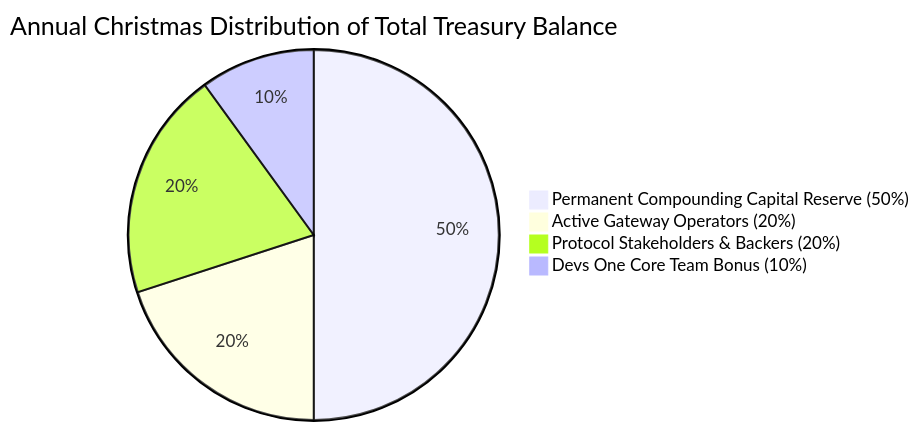
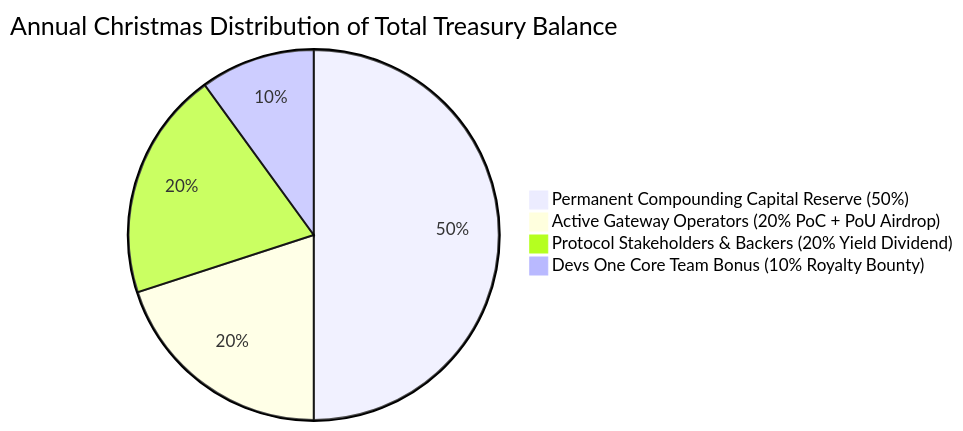
Before and after one commit to DannyB-bit/zymatica-kernel: the third of 3 diagrams in docs/ZYMATICA_AUTONOMOUS_TOKENOMICS_ARCHITECTURE_WHITEPAPER.md, drawn with Mermaid. The commit also changed other lines of this file and 6 other files, not shown here.

````diff
--- a/docs/ZYMATICA_AUTONOMOUS_TOKENOMICS_ARCHITECTURE_WHITEPAPER.md
+++ b/docs/ZYMATICA_AUTONOMOUS_TOKENOMICS_ARCHITECTURE_WHITEPAPER.md
@@ -59,7 +86,7 @@
 ```mermaid
 pie title Annual Christmas Distribution of Total Treasury Balance
     "Permanent Compounding Capital Reserve (50%)" : 50
-    "Active Gateway Operators (20%)" : 20
-    "Protocol Stakeholders & Backers (20%)" : 20
-    "Devs One Core Team Bonus (10%)" : 10
+    "Active Gateway Operators (20% PoC + PoU Airdrop)" : 20
+    "Protocol Stakeholders & Backers (20% Yield Dividend)" : 20
+    "Devs One Core Team Bonus (10% Royalty Bounty)" : 10
 ```
````
